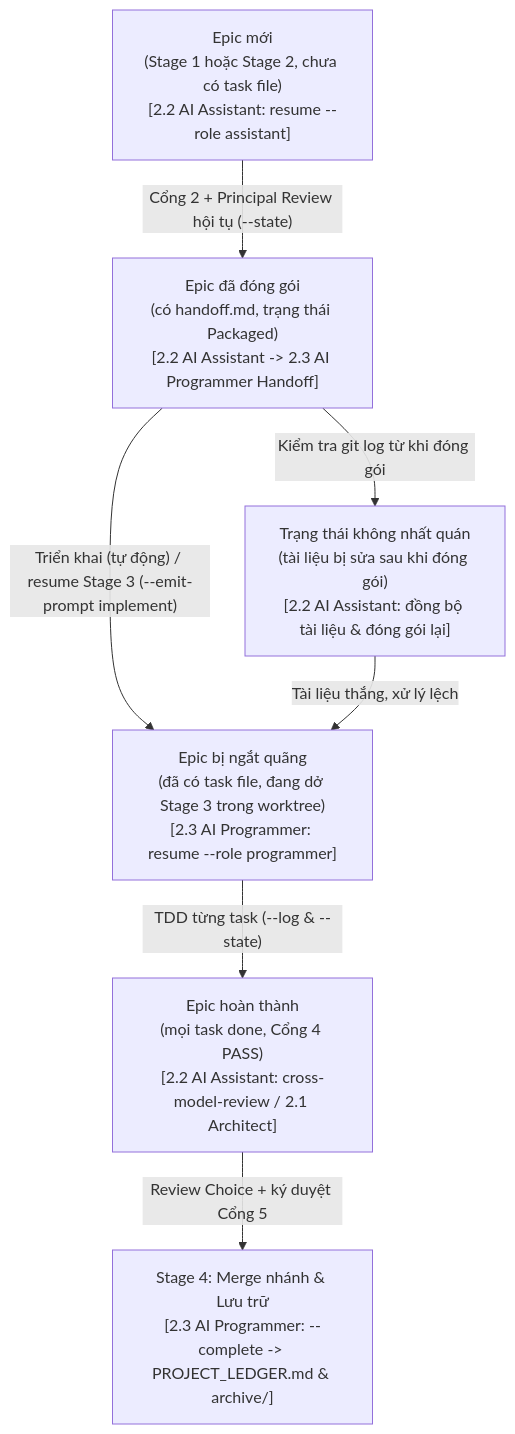
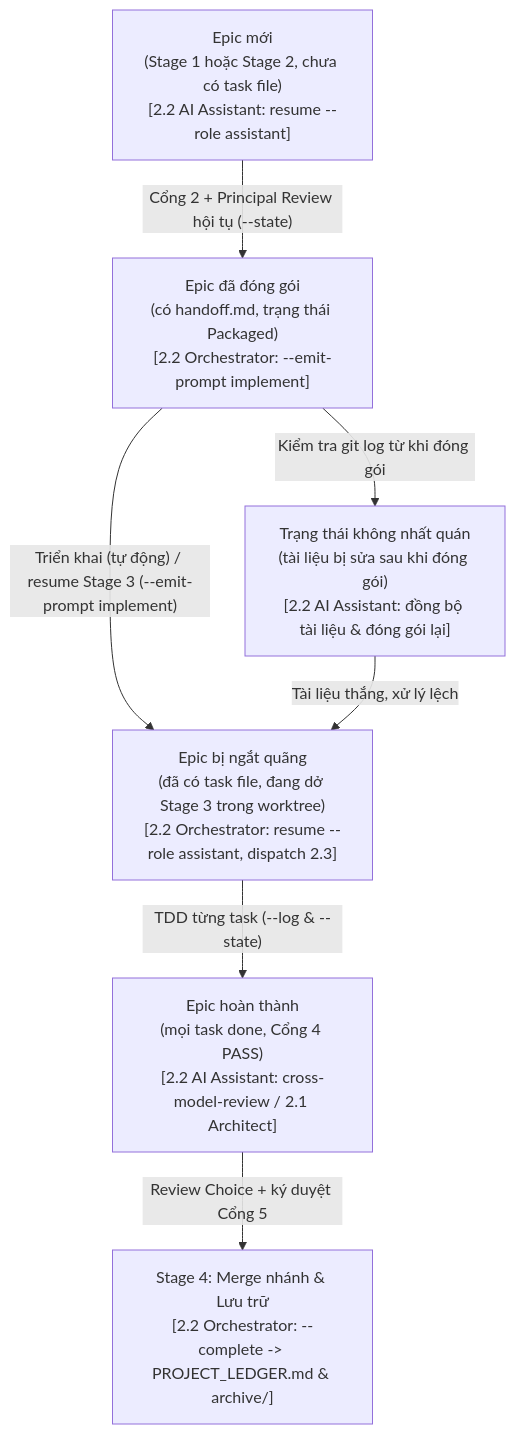
One commit to DanhDue/ai-agent-tools changed the second of 5 diagrams in docs/lifecycles.vi.md. Above: the diagram before and after it, drawn with Mermaid. The commit also changed other lines of this file and 8 other files, not shown here.

First line of the commit message:
[TOOLS] Unify AI Assistant as Orchestrator across handoff prompts and skills

````diff
--- a/docs/lifecycles.vi.md
+++ b/docs/lifecycles.vi.md
@@ -113,16 +113,16 @@
 ```mermaid
 flowchart TD
     FRESH["Epic mới<br/>(Stage 1 hoặc Stage 2, chưa có task file)<br/>[2.2 AI Assistant: resume --role assistant]"]
-    PKG["Epic đã đóng gói<br/>(có handoff.md, trạng thái Packaged)<br/>[2.2 AI Assistant -> 2.3 AI Programmer Handoff]"]
-    INTR["Epic bị ngắt quãng<br/>(đã có task file, đang dở Stage 3 trong worktree)<br/>[2.3 AI Programmer: resume --role programmer]"]
+    PKG["Epic đã đóng gói<br/>(có handoff.md, trạng thái Packaged)<br/>[2.2 Orchestrator: --emit-prompt implement]"]
+    INTR["Epic bị ngắt quãng<br/>(đã có task file, đang dở Stage 3 trong worktree)<br/>[2.2 Orchestrator: resume --role assistant, dispatch 2.3]"]
     DONE_EPIC["Epic hoàn thành<br/>(mọi task done, Cổng 4 PASS)<br/>[2.2 AI Assistant: cross-model-review / 2.1 Architect]"]
     INCON["Trạng thái không nhất quán<br/>(tài liệu bị sửa sau khi đóng gói)<br/>[2.2 AI Assistant: đồng bộ tài liệu &amp; đóng gói lại]"]
-    MERGED["Stage 4: Merge nhánh &amp; Lưu trữ<br/>[2.3 AI Programmer: --complete -> PROJECT_LEDGER.md &amp; archive/]"]
+    MERGED["Stage 4: Merge nhánh &amp; Lưu trữ<br/>[2.2 Orchestrator: --complete -> PROJECT_LEDGER.md &amp; archive/]"]
 
     FRESH -->|"Cổng 2 + Principal Review hội tụ (--state)"| PKG
     PKG -->|"Kiểm tra git log từ khi đóng gói"| INCON
     PKG -->|"Triển khai (tự động) / resume Stage 3 (--emit-prompt implement)"| INTR
     INCON -->|"Tài liệu thắng, xử lý lệch"| INTR
     INTR -->|"TDD từng task (--log &amp; --state)"| DONE_EPIC
     DONE_EPIC -->|"Review Choice + ký duyệt Cổng 5"| MERGED
 ```
````
